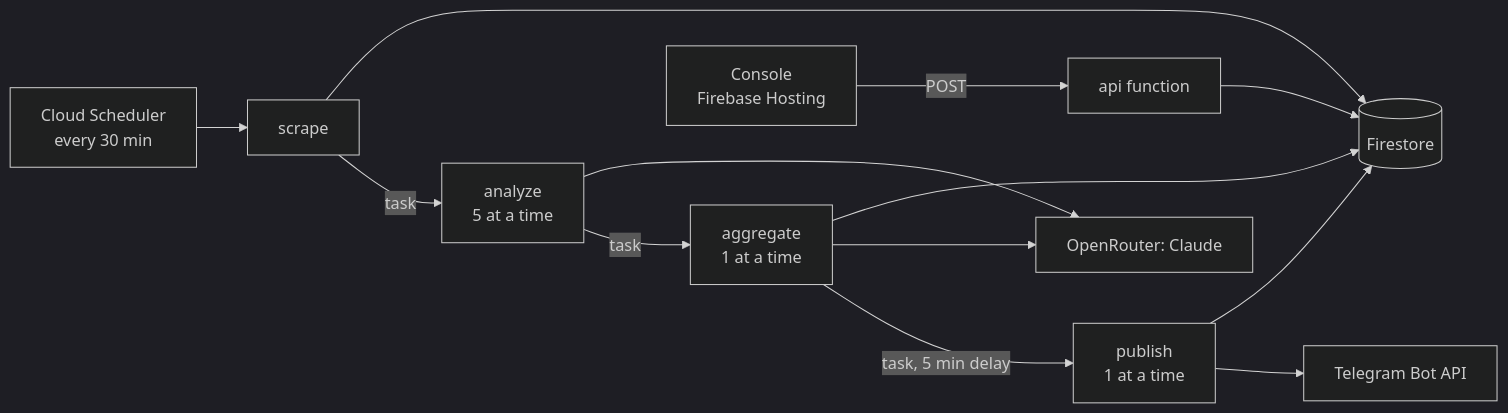
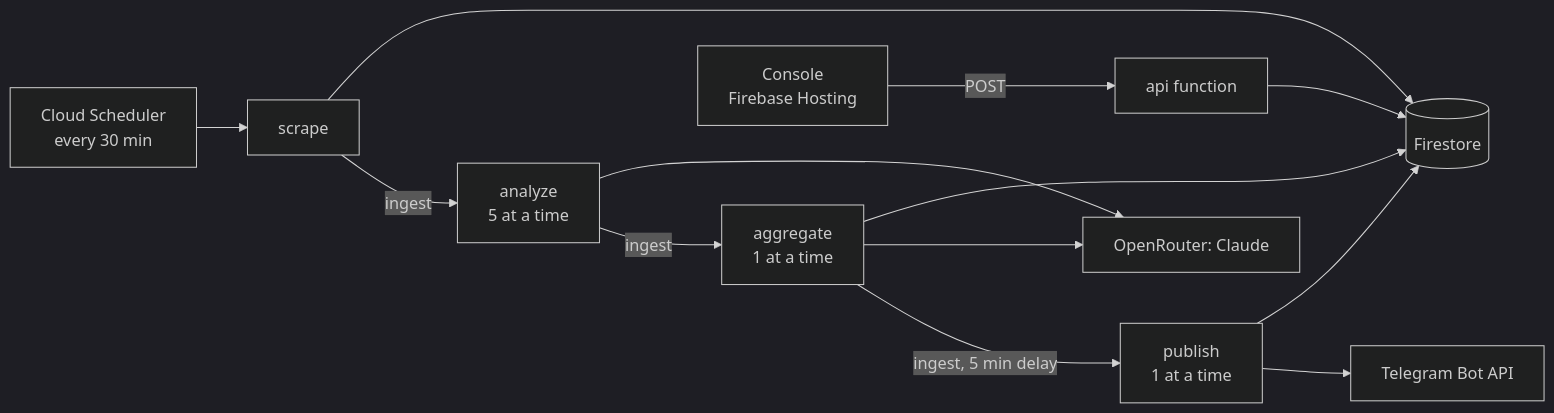
Before and after one commit to alitskevich/telegator: the diagram in docs/telegator.md, drawn with Mermaid (dark theme). The commit also changed other lines of this file and 109 other files, not shown here.

````diff
--- a/docs/telegator.md
+++ b/docs/telegator.md
@@ -13,12 +13,12 @@
 ```mermaid
 flowchart LR
   Clock["Cloud Scheduler<br/>every 30 min"] --> Scrape["scrape"]
-  Scrape -->|task| Analyze["analyze<br/>5 at a time"]
-  Analyze -->|task| Aggregate["aggregate<br/>1 at a time"]
-  Aggregate -->|task, 5 min delay| Publish["publish<br/>1 at a time"]
+  Scrape -->|ingest| Analyze["analyze<br/>5 at a time"]
+  Analyze -->|ingest| Aggregate["aggregate<br/>1 at a time"]
+  Aggregate -->|ingest, 5 min delay| Publish["publish<br/>1 at a time"]
   Publish --> TG["Telegram Bot API"]
   Analyze & Aggregate --> AI["OpenRouter: Claude"]
   Scrape & Aggregate & Publish --> FS[("Firestore")]
   Console["Console<br/>Firebase Hosting"] -->|POST| Api["api function"]
   Api --> FS
 ```
````
